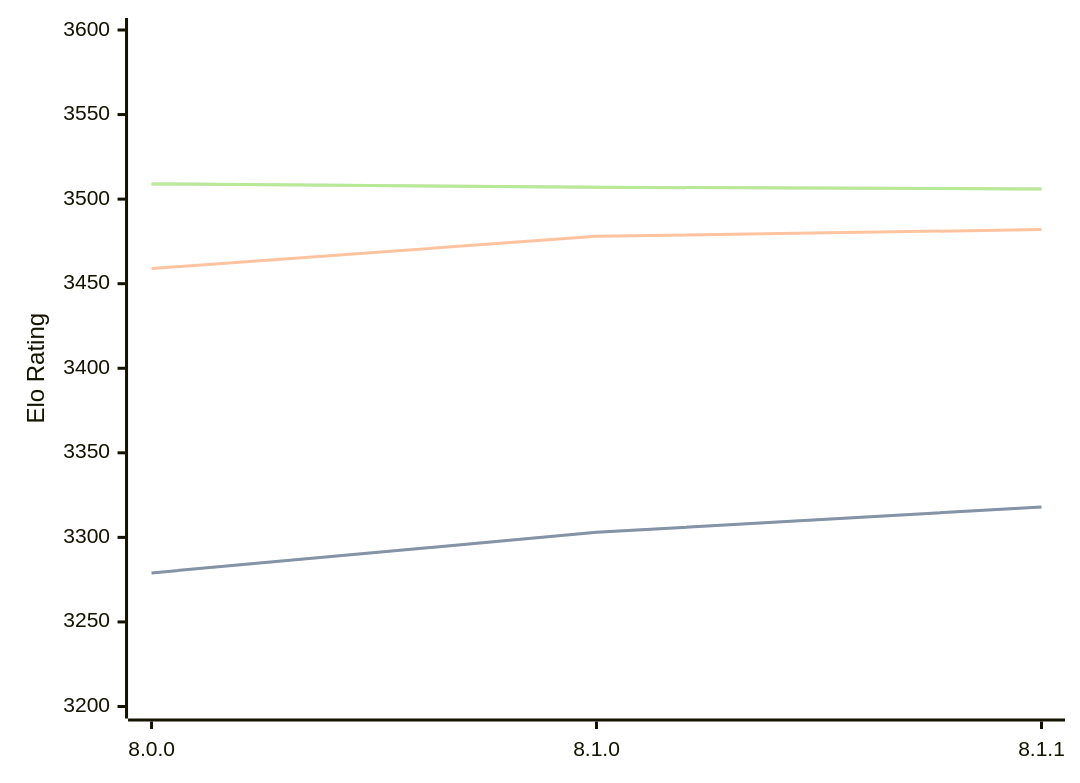
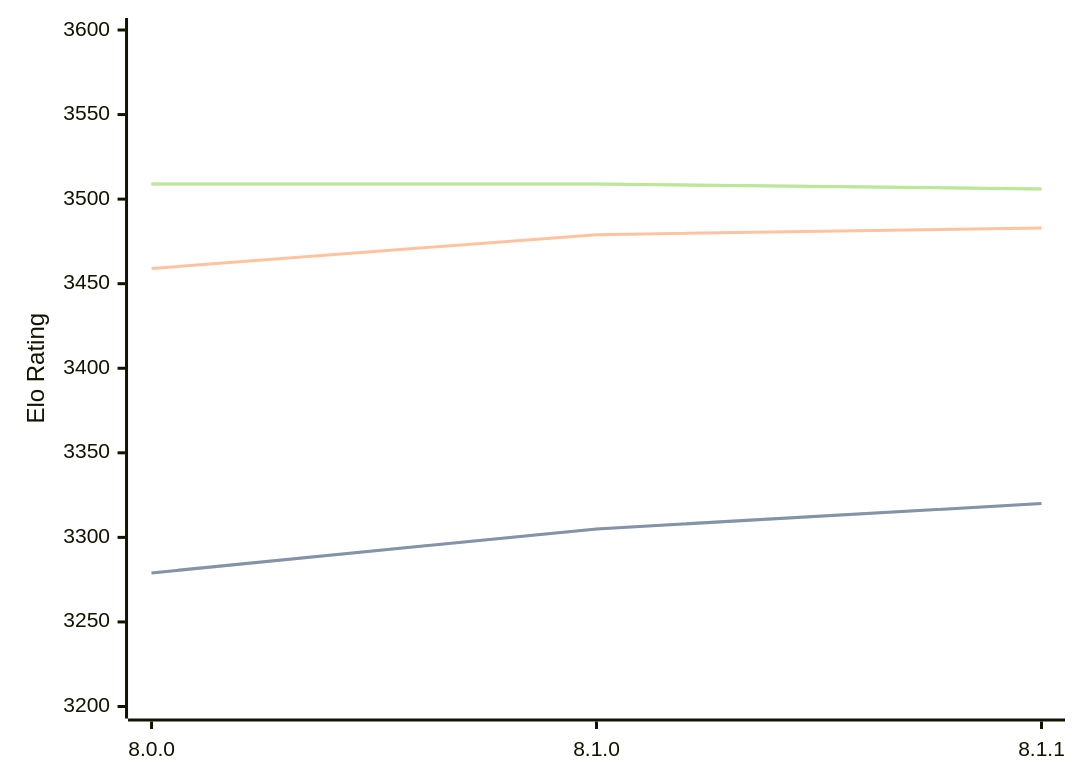
Before and after one commit to computer-chess-index/cci: the diagram in engines/Velvet.md, drawn with Mermaid. The commit also changed other lines of this file, not shown here.

Commit message:
Update CCI Ratings (ELO VLTC) - 2026-04-19

````diff
--- a/engines/Velvet.md
+++ b/engines/Velvet.md
@@ -57,11 +57,11 @@
 ```mermaid
 %%{init: {"theme":"base","themeVariables":{"seriesColors:['#a3a3a3','#222221','#faa371']}}}%%
 xychart-beta
   x-axis ["8.0.0", "8.1.0", "8.1.1"]
   y-axis "Elo Rating" 3200 --> 3600
-  line "STC (8.0+0.08s)" [3279, 3303, 3318]
-  line "STC (8.0+0.08s)" [3279, 3303, 3318]
-  line "LTC (60.0+0.60s)" [3459, 3478, 3482]
-  line "VLTC (2m24s+1.12s)" [3509, 3507, 3506]
-  line "VLTC (2m24s+1.12s)" [3509, 3507, 3506]
+  line "STC (8.0+0.08s)" [3279, 3305, 3320]
+  line "STC (8.0+0.08s)" [3279, 3305, 3320]
+  line "LTC (60.0+0.60s)" [3459, 3479, 3483]
+  line "VLTC (2m24s+1.12s)" [3509, 3509, 3506]
+  line "VLTC (2m24s+1.12s)" [3509, 3509, 3506]
 ```
````
